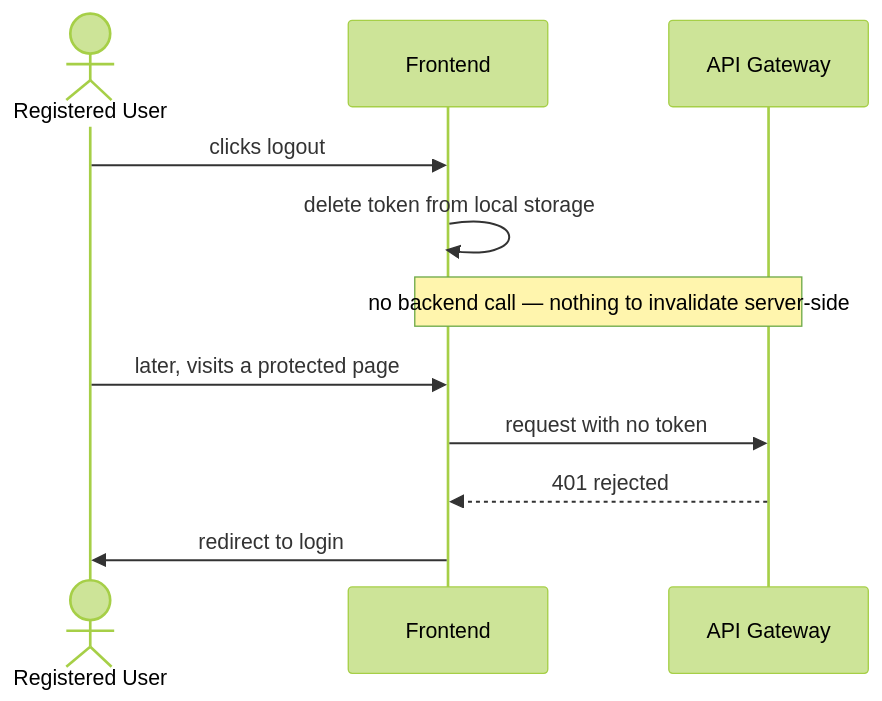
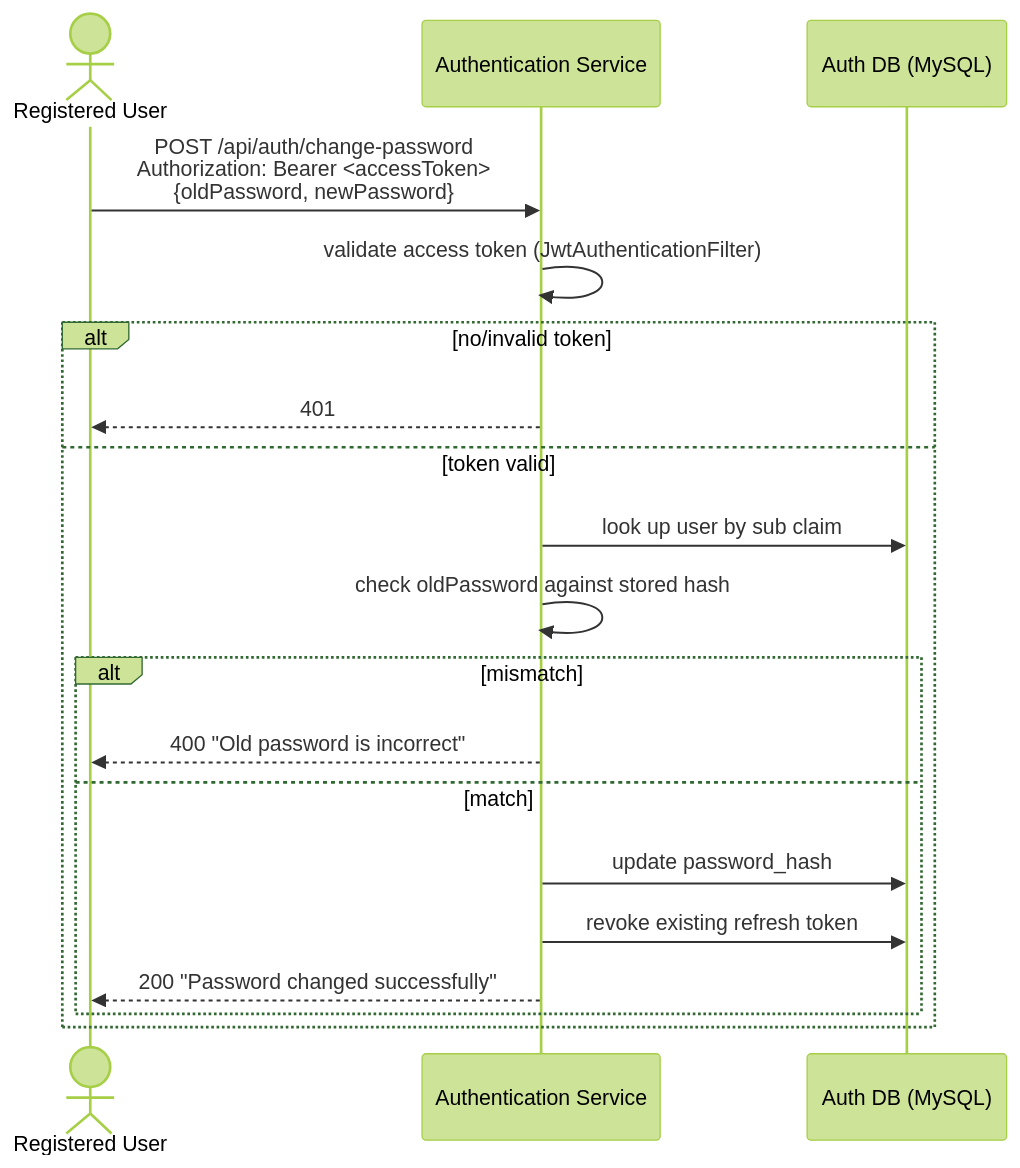
One commit to mathaisjustin/cardiac-diagonistics changed the fifth of 5 diagrams in docs/01-services/authentication-service/flows.md. Above: the diagram before and after it, drawn with Mermaid (forest theme). The commit also changed other lines of this file and 29 other files, not shown here.

First line of the commit message:
Rewrite service docs to match the as-built system

````diff
--- a/docs/01-services/authentication-service/flows.md
+++ b/docs/01-services/authentication-service/flows.md
@@ -113,14 +97,22 @@
 ```mermaid
 sequenceDiagram
     actor U as Registered User
-    participant FE as Frontend
-    participant GW as API Gateway
+    participant Auth as Authentication Service
+    participant DB as Auth DB (MySQL)
 
-    U->>FE: clicks logout
-    FE->>FE: delete token from local storage
-    Note over FE,GW: no backend call — nothing to invalidate server-side
-    U->>FE: later, visits a protected page
-    FE->>GW: request with no token
-    GW-->>FE: 401 rejected
-    FE->>U: redirect to login
+    U->>Auth: POST /api/auth/change-password<br/>Authorization: Bearer <accessToken><br/>{oldPassword, newPassword}
+    Auth->>Auth: validate access token (JwtAuthenticationFilter)
+    alt no/invalid token
+        Auth-->>U: 401
+    else token valid
+        Auth->>DB: look up user by sub claim
+        Auth->>Auth: check oldPassword against stored hash
+        alt mismatch
+            Auth-->>U: 400 "Old password is incorrect"
+        else match
+            Auth->>DB: update password_hash
+            Auth->>DB: revoke existing refresh token
+            Auth-->>U: 200 "Password changed successfully"
+        end
+    end
 ```
````
